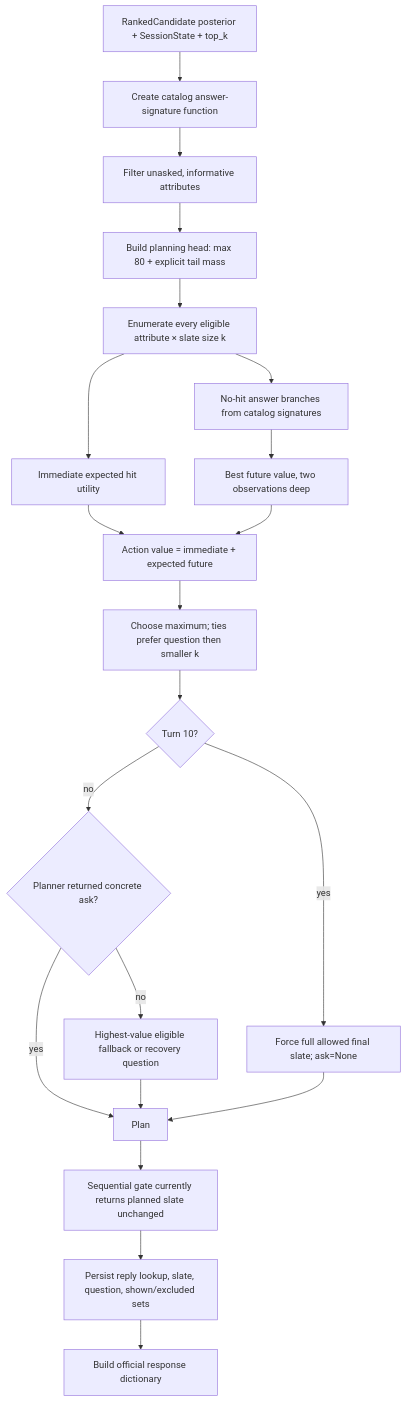
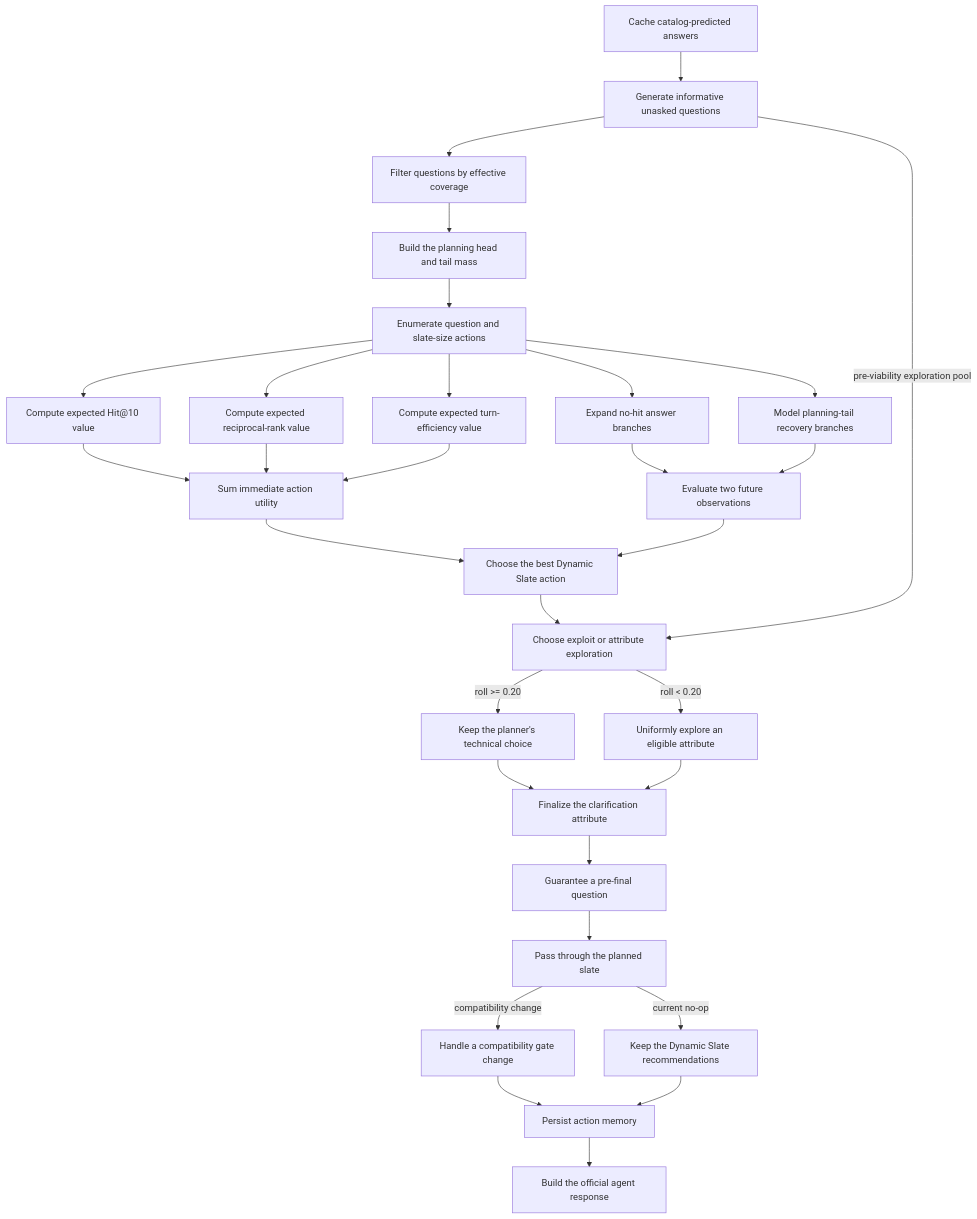
Before and after one commit to Maxxtucker/WOW-WILDLOTUS-Shopping-Copilot: the diagram in agent/decide/README.md, drawn with Mermaid. The commit also changed other lines of this file and 70 other files, not shown here.

First line of the commit message:
Align workflow schema with an interactive demo circuit.

````diff
--- a/agent/decide/README.md
+++ b/agent/decide/README.md
@@ -12,23 +13,55 @@
 ```mermaid
 flowchart TD
-    IN["RankedCandidate posterior + SessionState + top_k"] --> SIG["Create catalog answer-signature function"]
-    SIG --> ELIG["Filter unasked, informative attributes"]
-    ELIG --> ROOT["Build planning head: max 80 + explicit tail mass"]
-    ROOT --> ACT["Enumerate every eligible attribute × slate size k"]
-    ACT --> IMM["Immediate expected hit utility"]
-    ACT --> BR["No-hit answer branches from catalog signatures"]
-    BR --> FUT["Best future value, two observations deep"]
-    IMM --> TOTAL["Action value = immediate + expected future"]
-    FUT --> TOTAL
-    TOTAL --> BEST["Choose maximum; ties prefer question then smaller k"]
-    BEST --> FINAL{"Turn 10?"}
-    FINAL -- yes --> FULL["Force full allowed final slate; ask=None"]
-    FINAL -- no --> ASK{"Planner returned concrete ask?"}
-    ASK -- no --> FALL["Highest-value eligible fallback or recovery question"]
-    ASK -- yes --> PLAN["Plan"]
-    FALL --> PLAN
-    FULL --> PLAN
-    PLAN --> GATE["Sequential gate currently returns planned slate unchanged"]
-    GATE --> WRITE["Persist reply lookup, slate, question, shown/excluded sets"]
-    WRITE --> RESP["Build official response dictionary"]
+    answer_signature["Cache catalog-predicted answers"]
+    eligible_questions["Generate informative unasked questions"]
+    viability_filter["Filter questions by effective coverage"]
+    planning_head["Build the planning head and tail mass"]
+    action_space["Enumerate question and slate-size actions"]
+    hit_component["Compute expected Hit@10 value"]
+    mrr_component["Compute expected reciprocal-rank value"]
+    efficiency_component["Compute expected turn-efficiency value"]
+    immediate_value["Sum immediate action utility"]
+    answer_branches["Expand no-hit answer branches"]
+    tail_branches["Model planning-tail recovery branches"]
+    future_value["Evaluate two future observations"]
+    planner["Choose the best Dynamic Slate action"]
+    epsilon_roll["Choose exploit or attribute exploration"]
+    technical_exploit["Keep the planner's technical choice"]
+    uniform_explore["Uniformly explore an eligible attribute"]
+    selected_attribute["Finalize the clarification attribute"]
+    fallback_question["Guarantee a pre-final question"]
+    sequential_gate["Pass through the planned slate"]
+    gate_rank1["Handle a compatibility gate change"]
+    keep_planned["Keep the Dynamic Slate recommendations"]
+    persist_turn["Persist action memory"]
+    build_response["Build the official agent response"]
+    answer_signature --> eligible_questions
+    eligible_questions --> viability_filter
+    viability_filter --> planning_head
+    planning_head --> action_space
+    action_space --> hit_component
+    action_space --> mrr_component
+    action_space --> efficiency_component
+    hit_component --> immediate_value
+    mrr_component --> immediate_value
+    efficiency_component --> immediate_value
+    action_space --> answer_branches
+    action_space --> tail_branches
+    answer_branches --> future_value
+    tail_branches --> future_value
+    immediate_value --> planner
+    future_value --> planner
+    planner --> epsilon_roll
+    eligible_questions -- "pre-viability exploration pool" --> epsilon_roll
+    epsilon_roll -- "roll >= 0.20" --> technical_exploit
+    epsilon_roll -- "roll < 0.20" --> uniform_explore
+    technical_exploit --> selected_attribute
+    uniform_explore --> selected_attribute
+    selected_attribute --> fallback_question
+    fallback_question --> sequential_gate
+    sequential_gate -- "compatibility change" --> gate_rank1
+    sequential_gate -- "current no-op" --> keep_planned
+    gate_rank1 --> persist_turn
+    keep_planned --> persist_turn
+    persist_turn --> build_response
 ```
````
